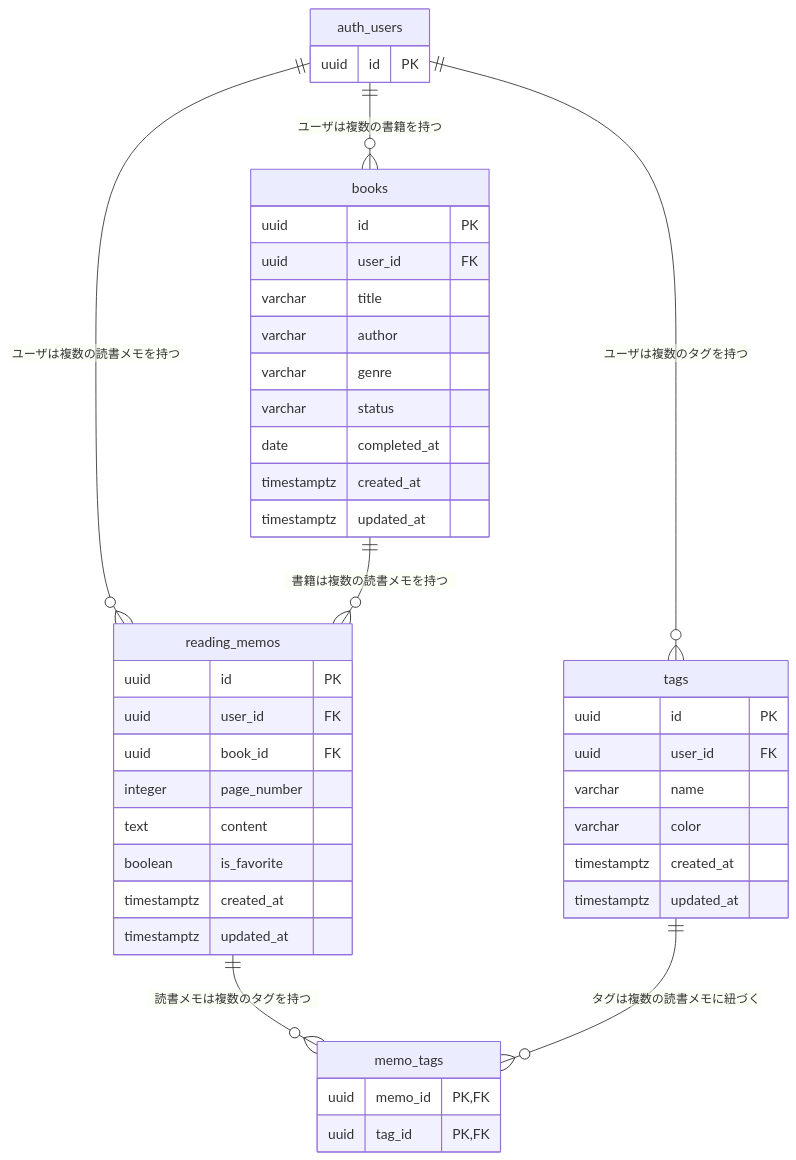
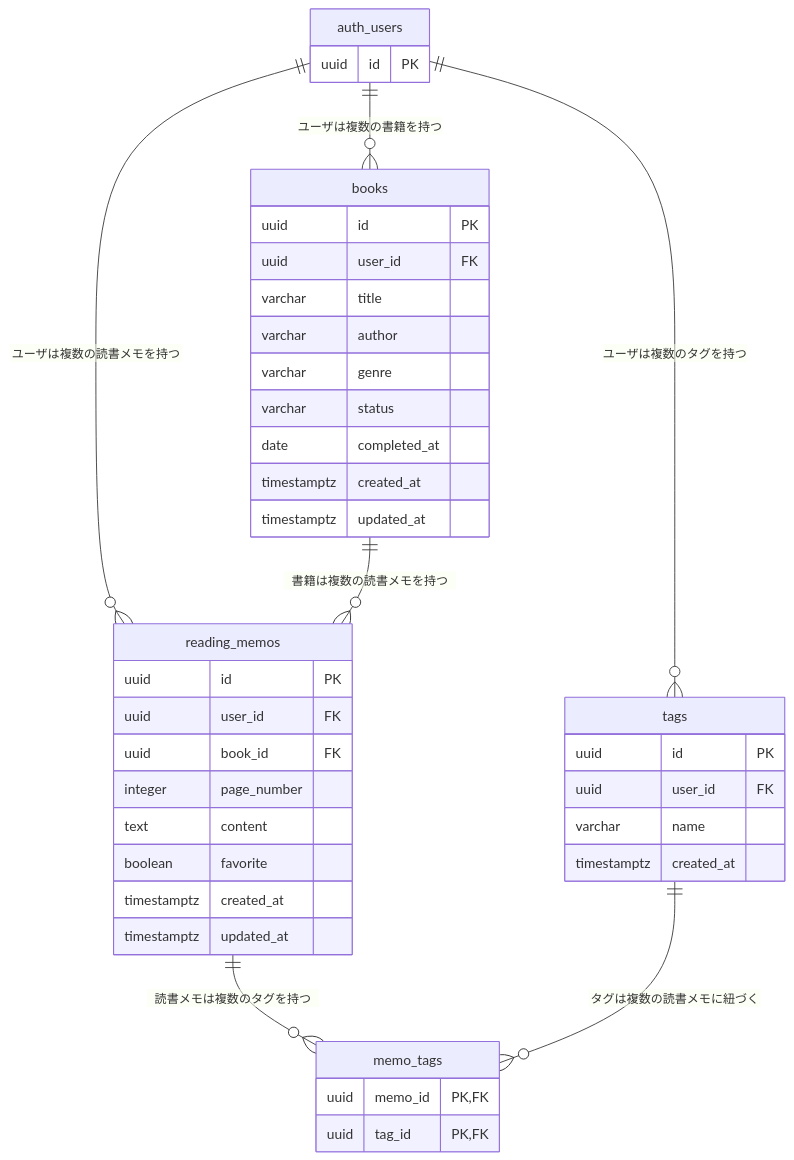
One commit to rmiyazak28/reading-notes-app changed the diagram in docs/design/diagrams/database/er-diagram.md. Above: the diagram before and after it, drawn with Mermaid. The commit also changed 3 other files, not shown here.

Commit message:
docs:DB設計書とER図の整合性一致のための修正

````diff
--- a/docs/design/diagrams/database/er-diagram.md
+++ b/docs/design/diagrams/database/er-diagram.md
@@ -9,53 +9,51 @@
 ```mermaid
 erDiagram
 
     auth_users ||--o{ books : "ユーザは複数の書籍を持つ"
     auth_users ||--o{ reading_memos : "ユーザは複数の読書メモを持つ"
     auth_users ||--o{ tags : "ユーザは複数のタグを持つ"
 
     books ||--o{ reading_memos : "書籍は複数の読書メモを持つ"
 
     reading_memos ||--o{ memo_tags : "読書メモは複数のタグを持つ"
     tags ||--o{ memo_tags : "タグは複数の読書メモに紐づく"
 
     auth_users {
         uuid id PK
     }
 
     books {
         uuid id PK
         uuid user_id FK
         varchar title
         varchar author
         varchar genre
         varchar status
         date completed_at
         timestamptz created_at
         timestamptz updated_at
     }
 
     reading_memos {
         uuid id PK
         uuid user_id FK
         uuid book_id FK
         integer page_number
         text content
-        boolean is_favorite
+        boolean favorite
         timestamptz created_at
         timestamptz updated_at
     }
 
     tags {
         uuid id PK
         uuid user_id FK
         varchar name
-        varchar color
         timestamptz created_at
-        timestamptz updated_at
     }
 
     memo_tags {
         uuid memo_id PK, FK
         uuid tag_id PK, FK
     }
 ```
````
